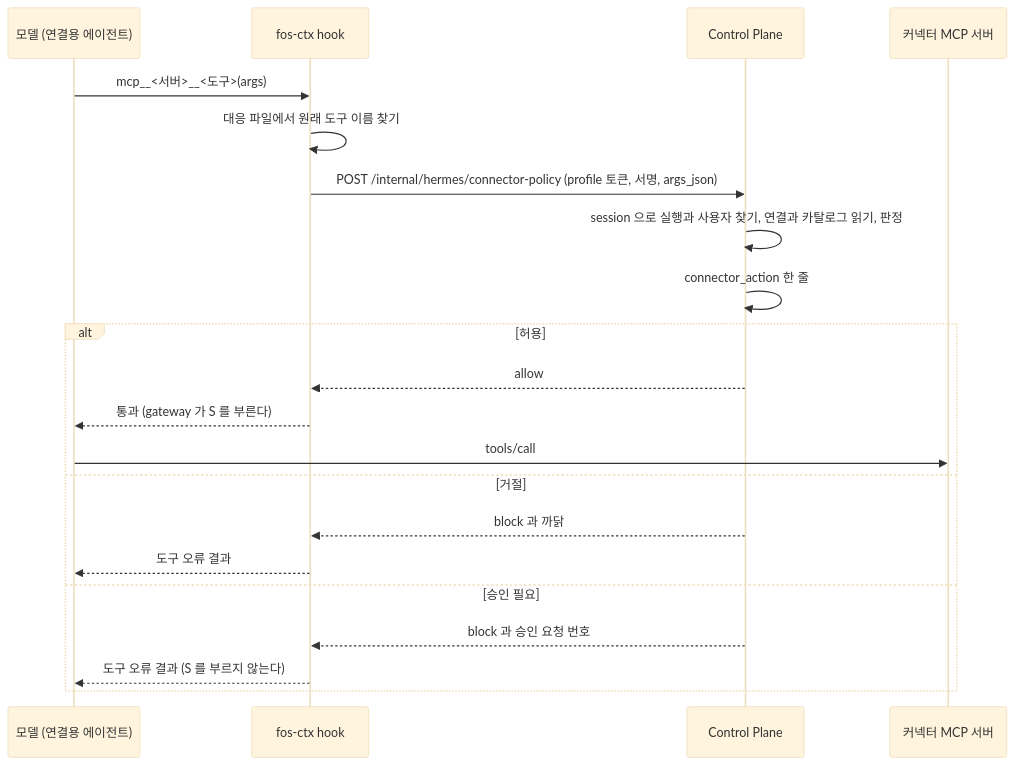
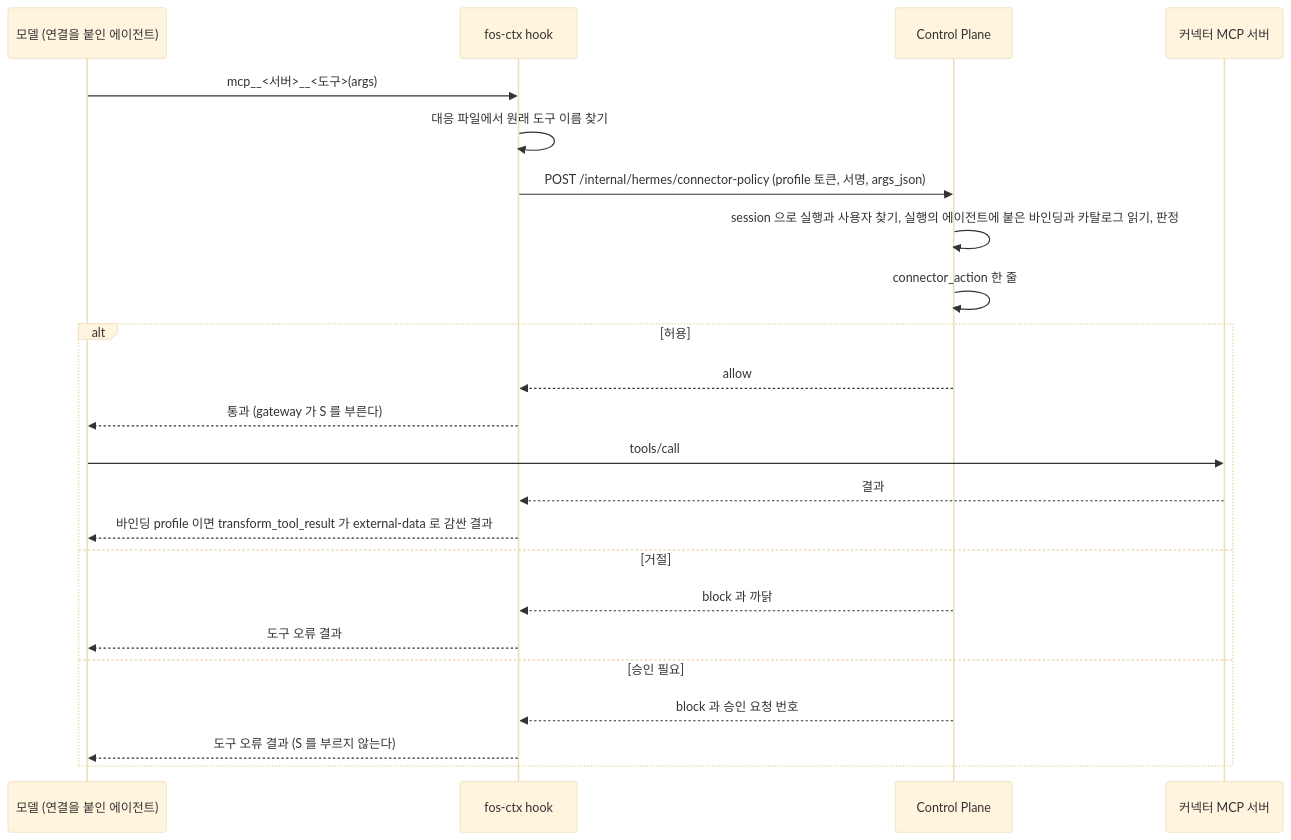
The first of 2 diagrams in docs/backend/connector-tool-policy.md (jon890/fos-assistant), drawn with Mermaid (base theme) before and after one commit. The commit also changed other lines of this file and 40 other files, not shown here.

````diff
--- a/docs/backend/connector-tool-policy.md
+++ b/docs/backend/connector-tool-policy.md
@@ -224,24 +229,26 @@
 ```mermaid
 sequenceDiagram
-    participant M as 모델 (연결용 에이전트)
+    participant M as 모델 (연결을 붙인 에이전트)
     participant H as fos-ctx hook
     participant C as Control Plane
     participant S as 커넥터 MCP 서버
 
     M->>H: mcp__<서버>__<도구>(args)
     H->>H: 대응 파일에서 원래 도구 이름 찾기
     H->>C: POST /internal/hermes/connector-policy (profile 토큰, 서명, args_json)
-    C->>C: session 으로 실행과 사용자 찾기, 연결과 카탈로그 읽기, 판정
+    C->>C: session 으로 실행과 사용자 찾기, 실행의 에이전트에 붙은 바인딩과 카탈로그 읽기, 판정
     C->>C: connector_action 한 줄
     alt 허용
         C-->>H: allow
         H-->>M: 통과 (gateway 가 S 를 부른다)
         M->>S: tools/call
+        S-->>H: 결과
+        H-->>M: 바인딩 profile 이면 transform_tool_result 가 external-data 로 감싼 결과
     else 거절
         C-->>H: block 과 까닭
         H-->>M: 도구 오류 결과
     else 승인 필요
         C-->>H: block 과 승인 요청 번호
         H-->>M: 도구 오류 결과 (S 를 부르지 않는다)
     end
 ```
````
